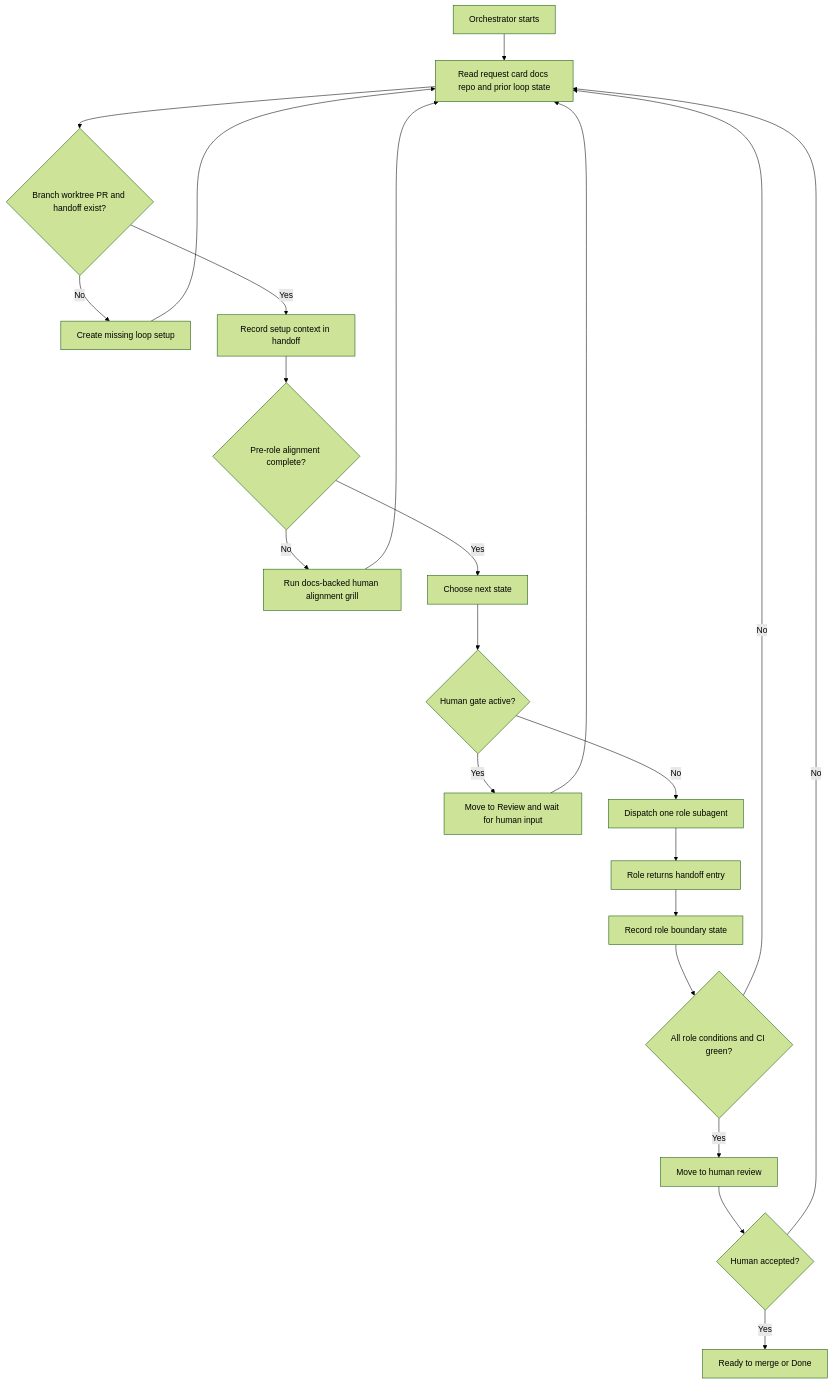
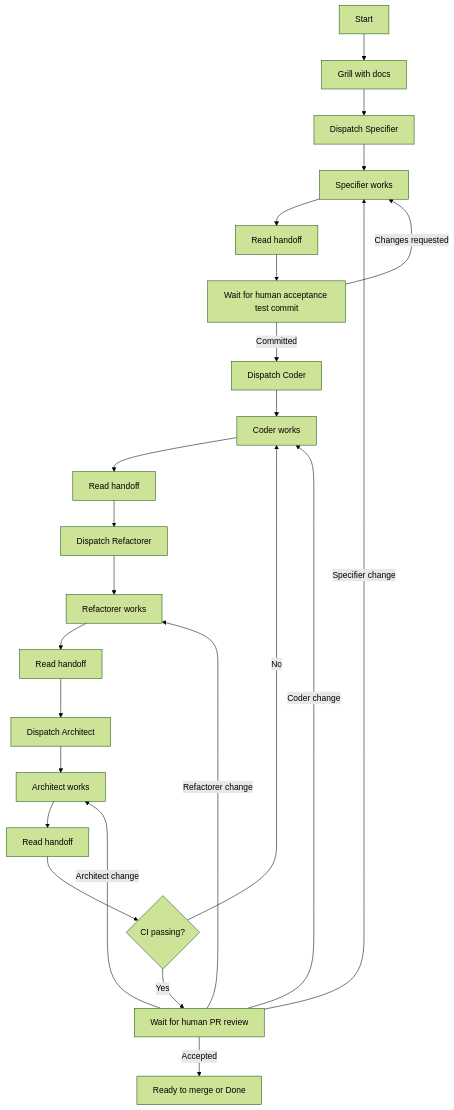
Before and after one commit to joesobo/CodeGraphyV4: the diagram in docs/agents/loops/orchestrator.md, drawn with Mermaid (forest theme). The commit also changed other lines of this file and 4 other files, not shown here.

````diff
--- a/docs/agents/loops/orchestrator.md
+++ b/docs/agents/loops/orchestrator.md
@@ -53,24 +21,26 @@
 ```mermaid
 flowchart TD
-    Start["Orchestrator starts"] --> Read["Read request card docs repo and prior loop state"]
-    Read --> Setup{"Branch worktree PR and handoff exist?"}
-    Setup -->|No| Create["Create missing loop setup"]
-    Create --> Read
-    Setup -->|Yes| Context["Record setup context in handoff"]
-    Context --> Align{"Pre-role alignment complete?"}
-    Align -->|No| Grill["Run docs-backed human alignment grill"]
-    Grill --> Read
-    Align -->|Yes| Decide["Choose next state"]
-    Decide --> Human{"Human gate active?"}
-    Human -->|Yes| Wait["Move to Review and wait for human input"]
-    Wait --> Read
-    Human -->|No| Dispatch["Dispatch one role subagent"]
-    Dispatch --> Return["Role returns handoff entry"]
-    Return --> Record["Record role boundary state"]
-    Record --> Ready{"All role conditions and CI green?"}
-    Ready -->|No| Read
-    Ready -->|Yes| Review["Move to human review"]
-    Review --> Final{"Human accepted?"}
-    Final -->|No| Read
-    Final -->|Yes| Done["Ready to merge or Done"]
+    Start["Start"] --> Grill["Grill with docs"]
+    Grill --> DispatchSpecifier["Dispatch Specifier"]
+    DispatchSpecifier --> Specifier["Specifier works"]
+    Specifier --> SpecifierHandoff["Read handoff"]
+    SpecifierHandoff --> AcceptanceGate["Wait for human acceptance test commit"]
+    AcceptanceGate -->|Committed| DispatchCoder["Dispatch Coder"]
+    AcceptanceGate -->|Changes requested| Specifier
+    DispatchCoder --> Coder["Coder works"]
+    Coder --> CoderHandoff["Read handoff"]
+    CoderHandoff --> DispatchRefactorer["Dispatch Refactorer"]
+    DispatchRefactorer --> Refactorer["Refactorer works"]
+    Refactorer --> RefactorerHandoff["Read handoff"]
+    RefactorerHandoff --> DispatchArchitect["Dispatch Architect"]
+    DispatchArchitect --> Architect["Architect works"]
+    Architect --> ArchitectHandoff["Read handoff"]
+    ArchitectHandoff --> CI{"CI passing?"}
+    CI -->|No| Coder
+    CI -->|Yes| Review["Wait for human PR review"]
+    Review -->|Specifier change| Specifier
+    Review -->|Coder change| Coder
+    Review -->|Refactorer change| Refactorer
+    Review -->|Architect change| Architect
+    Review -->|Accepted| Done["Ready to merge or Done"]
 ```
````
